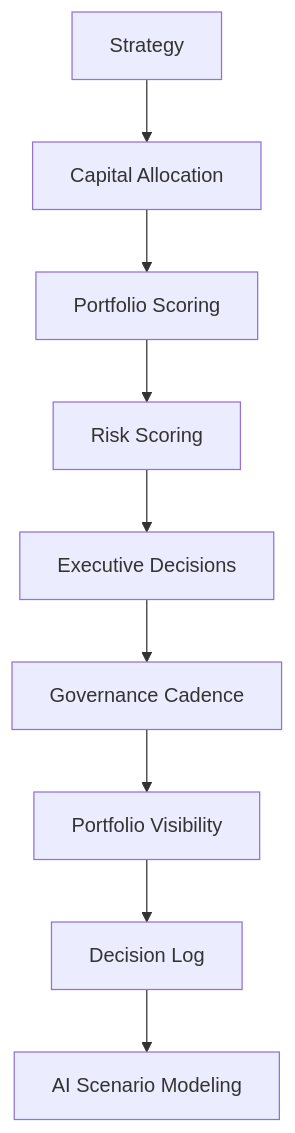
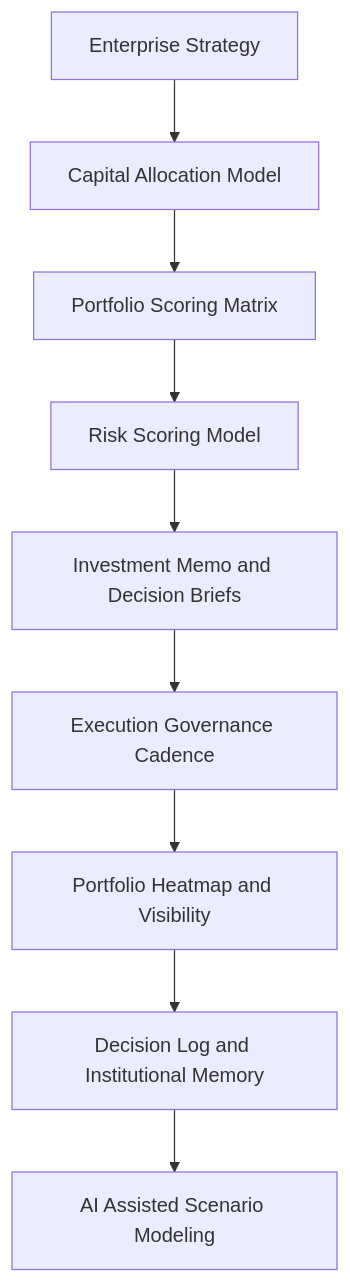
The diagram in README.md (ChuckFerrando/enterprise-product-operating-model), drawn with Mermaid before and after one commit.

````diff
--- a/README.md
+++ b/README.md
@@ -26,12 +26,11 @@
 ```mermaid
 flowchart TD
-  A[Strategy] --> B[Capital Allocation]
-  B --> C[Portfolio Scoring]
-  C --> D[Risk Scoring]
-  D --> E[Executive Decisions]
-  E --> F[Governance Cadence]
-  F --> G[Portfolio Visibility]
-  G --> H[Decision Log]
-  H --> I[AI Scenario Modeling]
-
+  A[Enterprise Strategy] --> B[Capital Allocation Model]
+  B --> C[Portfolio Scoring Matrix]
+  C --> D[Risk Scoring Model]
+  D --> E[Investment Memo and Decision Briefs]
+  E --> F[Execution Governance Cadence]
+  F --> G[Portfolio Heatmap and Visibility]
+  G --> H[Decision Log and Institutional Memory]
+  H --> I[AI Assisted Scenario Modeling]
 ```
````
